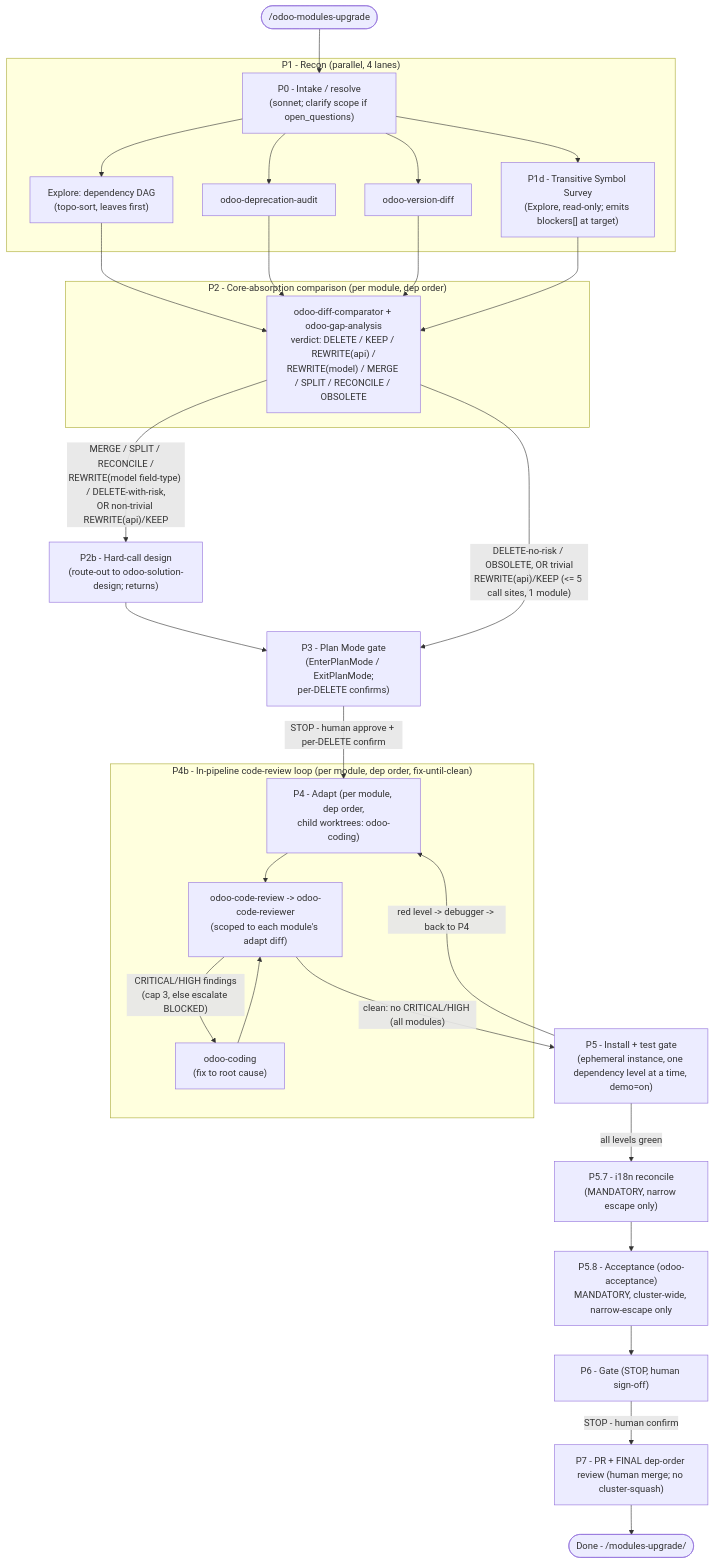
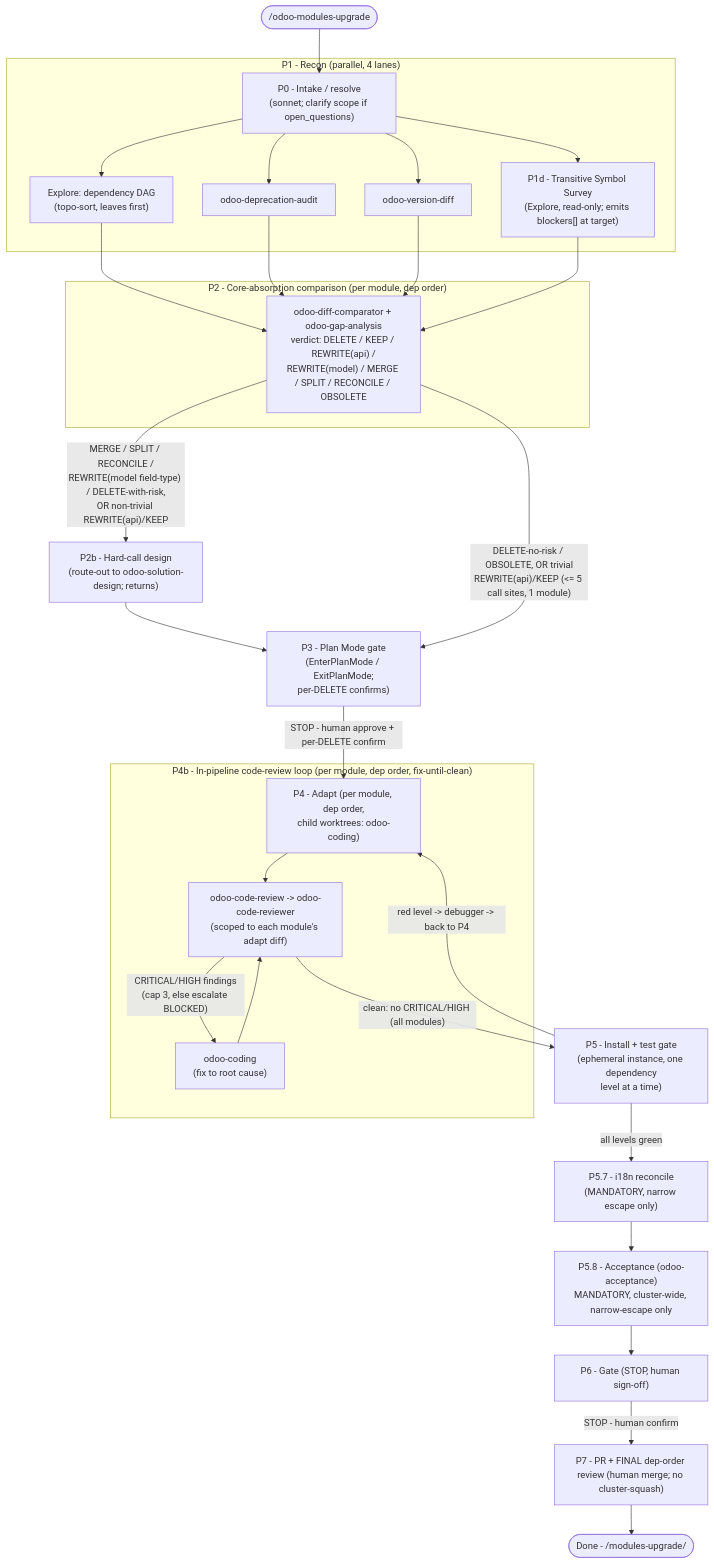
One commit to Viindoo/odoo-mcp-client changed the seventh of 9 diagrams in plugins/odoo-ai-agents/README.md. Above: the diagram before and after it, drawn with Mermaid. The commit also changed other lines of this file and 38 other files, not shown here.

````diff
--- a/plugins/odoo-ai-agents/README.md
+++ b/plugins/odoo-ai-agents/README.md
@@ -529,38 +529,38 @@
 ```mermaid
 flowchart TD
     START(["/odoo-modules-upgrade"])
     START --> P0["P0 - Intake / resolve<br/>(sonnet; clarify scope if open_questions)"]
 
     subgraph P1_grp["P1 - Recon (parallel, 4 lanes)"]
         P0 --> R1["Explore: dependency DAG<br/>(topo-sort, leaves first)"]
         P0 --> R2["odoo-deprecation-audit"]
         P0 --> R3["odoo-version-diff"]
         P0 --> R4["P1d - Transitive Symbol Survey<br/>(Explore, read-only; emits blockers[] at target)"]
     end
 
     subgraph P2_grp["P2 - Core-absorption comparison (per module, dep order)"]
         R1 --> CMP["odoo-diff-comparator + odoo-gap-analysis<br/>verdict: DELETE / KEEP / REWRITE(api) /<br/>REWRITE(model) / MERGE / SPLIT / RECONCILE / OBSOLETE"]
     end
     R2 --> CMP
     R3 --> CMP
     R4 --> CMP
 
     CMP -->|"MERGE / SPLIT / RECONCILE /<br/>REWRITE(model field-type) / DELETE-with-risk,<br/>OR non-trivial REWRITE(api)/KEEP"| P2b["P2b - Hard-call design<br/>(route-out to odoo-solution-design; returns)"]
     P2b --> P3_gate
     CMP -->|"DELETE-no-risk / OBSOLETE, OR trivial<br/>REWRITE(api)/KEEP (<= 5 call sites, 1 module)"| P3_gate["P3 - Plan Mode gate<br/>(EnterPlanMode / ExitPlanMode;<br/>per-DELETE confirms)"]
     P3_gate -->|"STOP - human approve + per-DELETE confirm"| P4["P4 - Adapt (per module, dep order,<br/>child worktrees: odoo-coding)"]
 
     subgraph P4b_grp["P4b - In-pipeline code-review loop (per module, dep order, fix-until-clean)"]
         P4 --> RV["odoo-code-review -> odoo-code-reviewer<br/>(scoped to each module's adapt diff)"]
         RV -->|"CRITICAL/HIGH findings<br/>(cap 3, else escalate BLOCKED)"| FX["odoo-coding<br/>(fix to root cause)"]
         FX --> RV
     end
 
-    RV -->|"clean: no CRITICAL/HIGH (all modules)"| P5["P5 - Install + test gate<br/>(ephemeral instance, one dependency level at a time, demo=on)"]
+    RV -->|"clean: no CRITICAL/HIGH (all modules)"| P5["P5 - Install + test gate<br/>(ephemeral instance, one dependency<br/>level at a time)"]
     P5 -->|"red level -> debugger -> back to P4"| P4
     P5 -->|"all levels green"| P57["P5.7 - i18n reconcile<br/>(MANDATORY, narrow escape only)"]
     P57 --> P58["P5.8 - Acceptance (odoo-acceptance)<br/>MANDATORY, cluster-wide, narrow-escape only"]
     P58 --> P6["P6 - Gate (STOP, human sign-off)"]
     P6 -->|"STOP - human confirm"| P7["P7 - PR + FINAL dep-order review (human merge; no cluster-squash)"]
     P7 --> DONE(["Done - <ISOLATE_DIR>/modules-upgrade/"])
 ```
````
